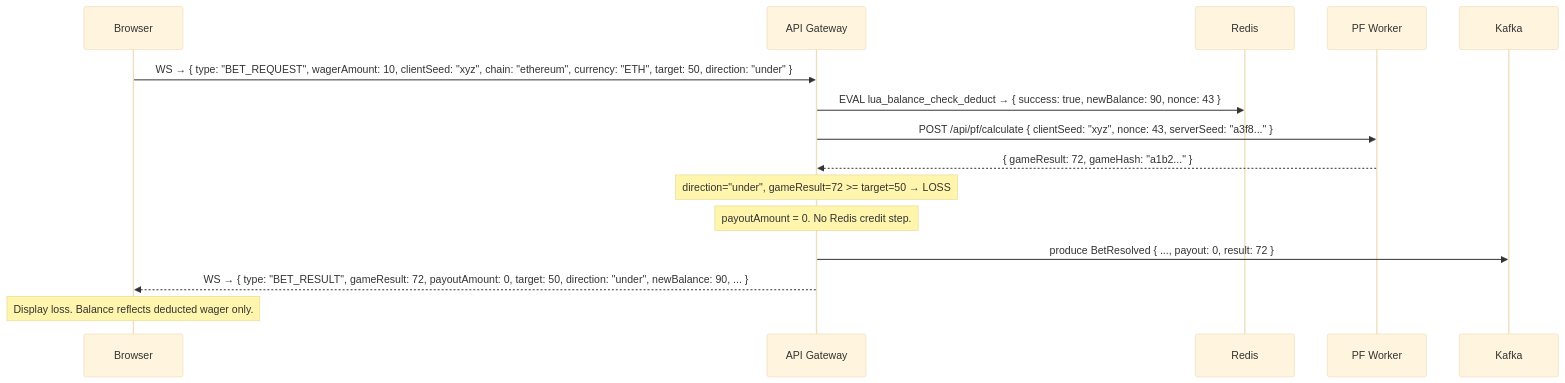
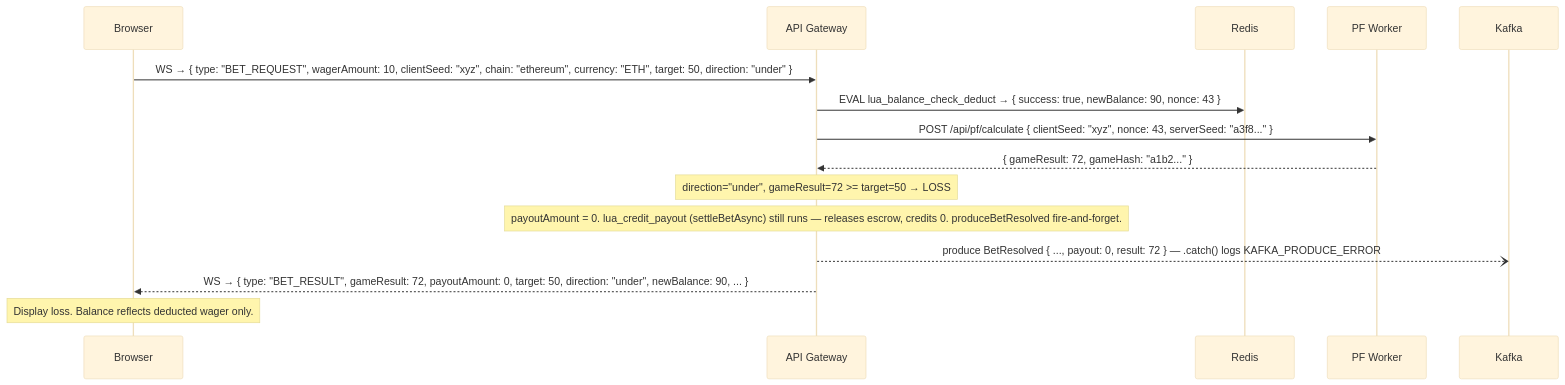
The seventh of 20 diagrams in documentation/sequence-diagrams.md (Fennzo/DiceTilt), drawn with Mermaid (base theme) before and after one commit. The commit also changed other lines of this file and 93 other files, not shown here.

````diff
--- a/documentation/sequence-diagrams.md
+++ b/documentation/sequence-diagrams.md
@@ -245,20 +277,20 @@
 ```mermaid
 sequenceDiagram
     participant B as Browser
     participant API as API Gateway
     participant Redis as Redis
     participant PF as PF Worker
     participant Kafka as Kafka
 
     B->>API: WS → { type: "BET_REQUEST", wagerAmount: 10, clientSeed: "xyz", chain: "ethereum", currency: "ETH", target: 50, direction: "under" }
     API->>Redis: EVAL lua_balance_check_deduct → { success: true, newBalance: 90, nonce: 43 }
     API->>PF: POST /api/pf/calculate { clientSeed: "xyz", nonce: 43, serverSeed: "a3f8..." }
     PF-->>API: { gameResult: 72, gameHash: "a1b2..." }
 
     Note over API: direction="under", gameResult=72 >= target=50 → LOSS
-    Note over API: payoutAmount = 0. No Redis credit step.
+    Note over API: payoutAmount = 0. lua_credit_payout (settleBetAsync) still runs — releases escrow, credits 0. produceBetResolved fire-and-forget.
 
-    API->>Kafka: produce BetResolved { ..., payout: 0, result: 72 }
+    API--)Kafka: produce BetResolved { ..., payout: 0, result: 72 } — .catch() logs KAFKA_PRODUCE_ERROR
     API-->>B: WS → { type: "BET_RESULT", gameResult: 72, payoutAmount: 0, target: 50, direction: "under", newBalance: 90, ... }
     Note over B: Display loss. Balance reflects deducted wager only.
 ```
````
